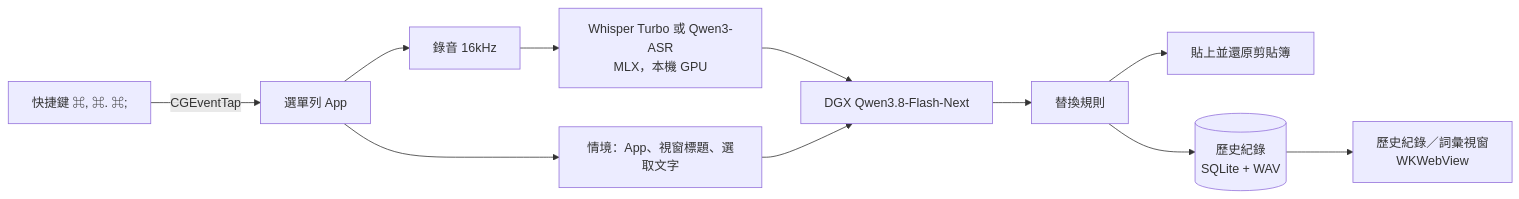
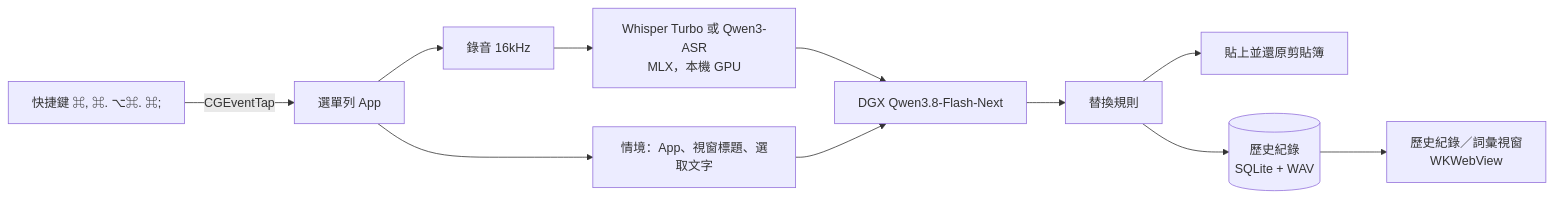
The diagram in README.md (channing342/voicetype), drawn with Mermaid before and after one commit. The commit also changed other lines of this file and 10 other files, not shown here.

````diff
--- a/README.md
+++ b/README.md
@@ -32,13 +36,13 @@
 ```mermaid
 flowchart LR
-    K["快捷鍵 ⌘, ⌘. ⌘;"] -->|CGEventTap| A[選單列 App]
+    K["快捷鍵 ⌘, ⌘. ⌥⌘. ⌘;"] -->|CGEventTap| A[選單列 App]
     A --> R[錄音 16kHz]
     A --> C[情境：App、視窗標題、選取文字]
     R --> W[Whisper Turbo 或 Qwen3-ASR<br>MLX，本機 GPU]
     W --> L[DGX Qwen3.8-Flash-Next]
     C --> L
     L --> X[替換規則]
     X --> P[貼上並還原剪貼簿]
     X --> H[(歷史紀錄<br>SQLite + WAV)]
     H --> UI[歷史紀錄／詞彙視窗<br>WKWebView]
 ```
````
